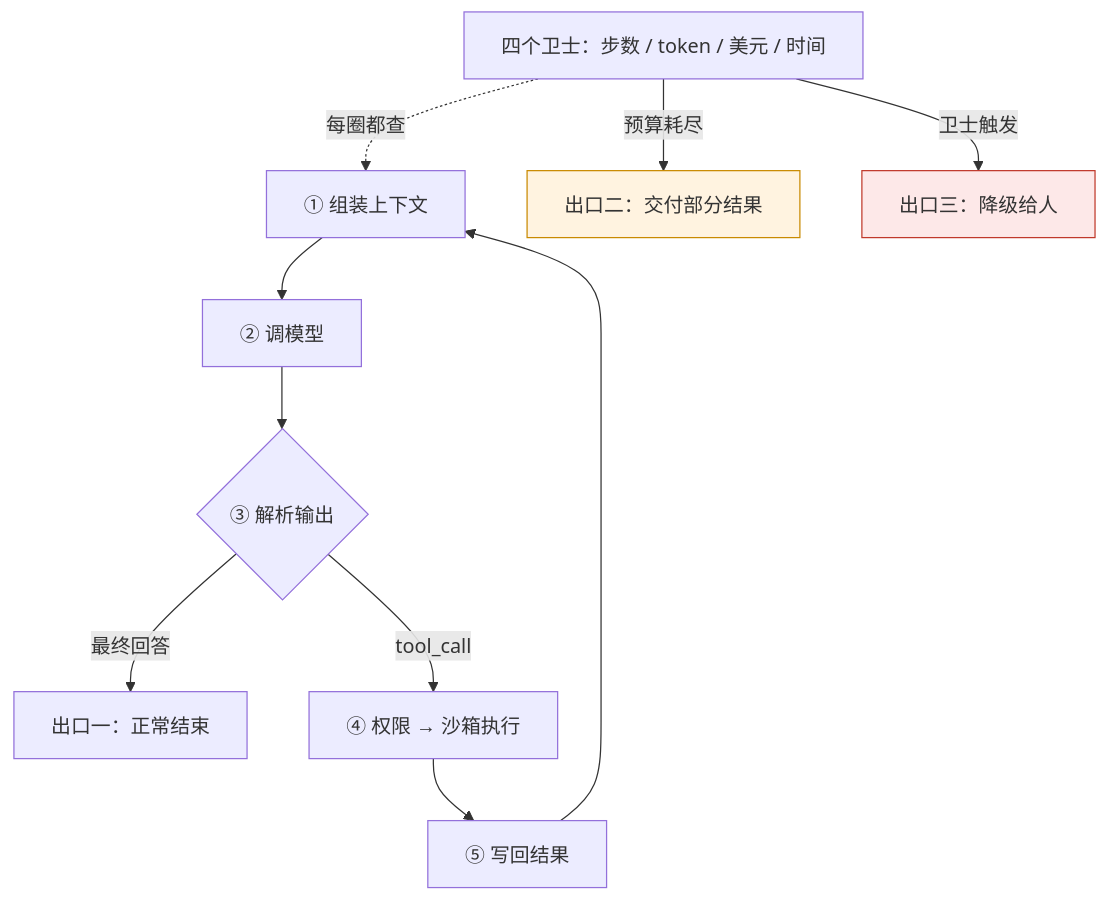
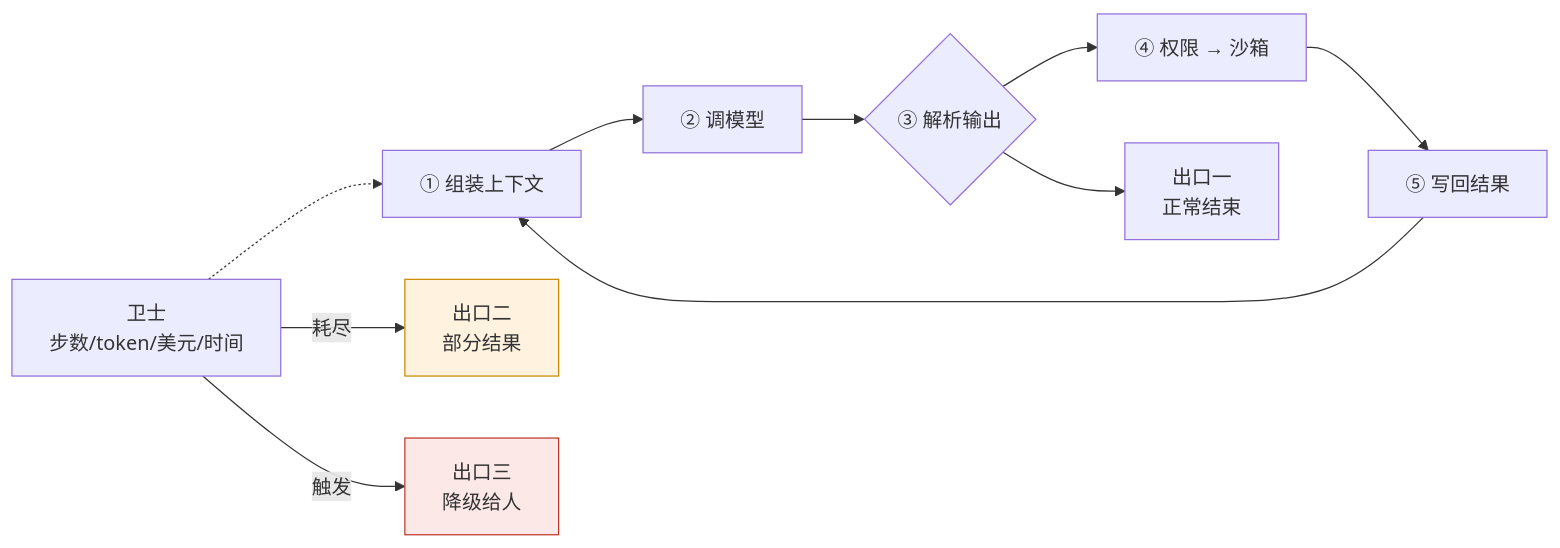
Before and after one commit to arganzheng/arganzheng.github.com: the second of 10 diagrams in slides/2026-10-29-agent-and-harness.md, drawn with Mermaid. The commit also changed other lines of this file, not shown here.

Commit message:
slides(2026-10-29-agent-and-harness): 图内文字 ≥14px——标签缩短/拆分/Unicode 数学

````diff
--- a/slides/2026-10-29-agent-and-harness.md
+++ b/slides/2026-10-29-agent-and-harness.md
@@ -45,15 +45,13 @@
 ```mermaid
 %%{init: {"flowchart": {"wrappingWidth": 460}}}%%
-flowchart TB
-    A["① 组装上下文"] --> B["② 调模型"]
-    B --> C{"③ 解析输出"}
-    C -- "最终回答" --> END1["出口一：正常结束"]
-    C -- "tool_call" --> D["④ 权限 → 沙箱执行"]
-    D --> E["⑤ 写回结果"] --> A
-    G["四个卫士：步数 / token / 美元 / 时间"] -. 每圈都查 .-> A
-    G -- "预算耗尽" --> END2["出口二：交付部分结果"]
-    G -- "卫士触发" --> END3["出口三：降级给人"]
+flowchart LR
+    A["① 组装上下文"] --> B["② 调模型"] --> C{"③ 解析输出"}
+    C --> D["④ 权限 → 沙箱"] --> E["⑤ 写回结果"] --> A
+    C --> END1["出口一<br/>正常结束"]
+    G["卫士<br/>步数/token/美元/时间"] -.-> A
+    G -- "耗尽" --> END2["出口二<br/>部分结果"]
+    G -- "触发" --> END3["出口三<br/>降级给人"]
     style END2 fill:#fff3e0,stroke:#c98a00
     style END3 fill:#fde8e8,stroke:#c0392b
 
 ```
````
